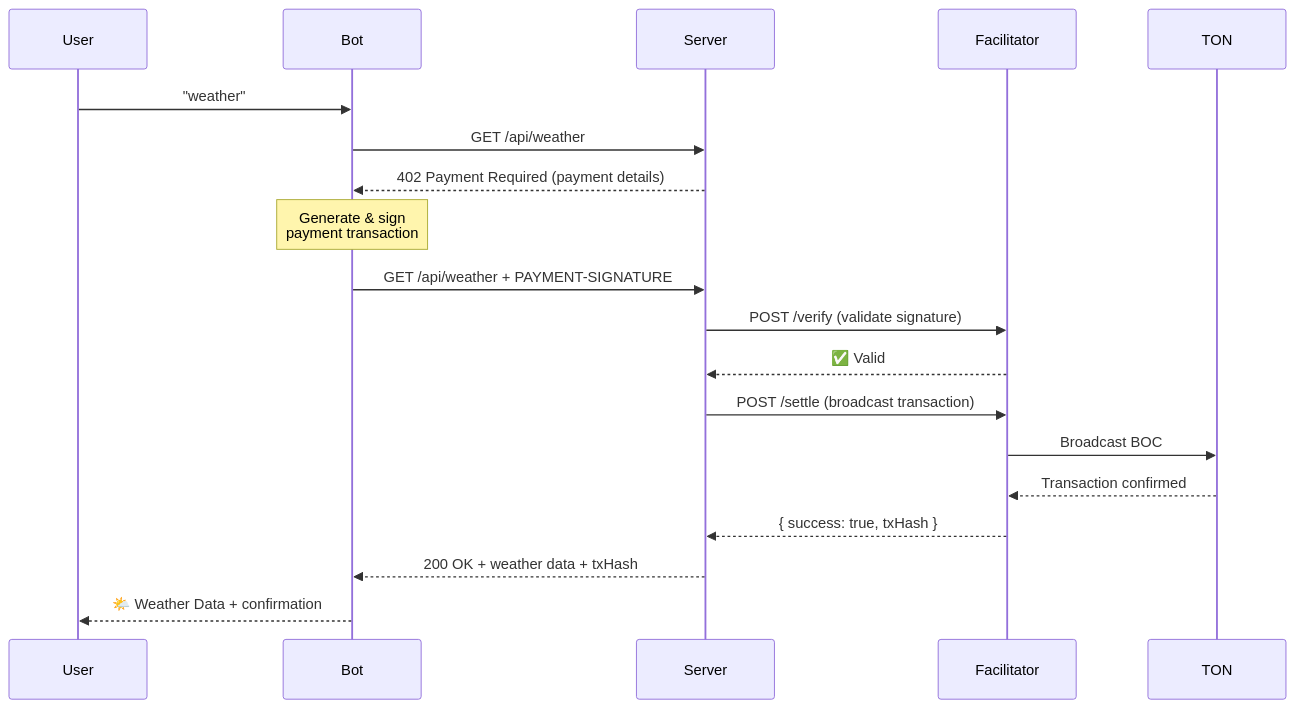
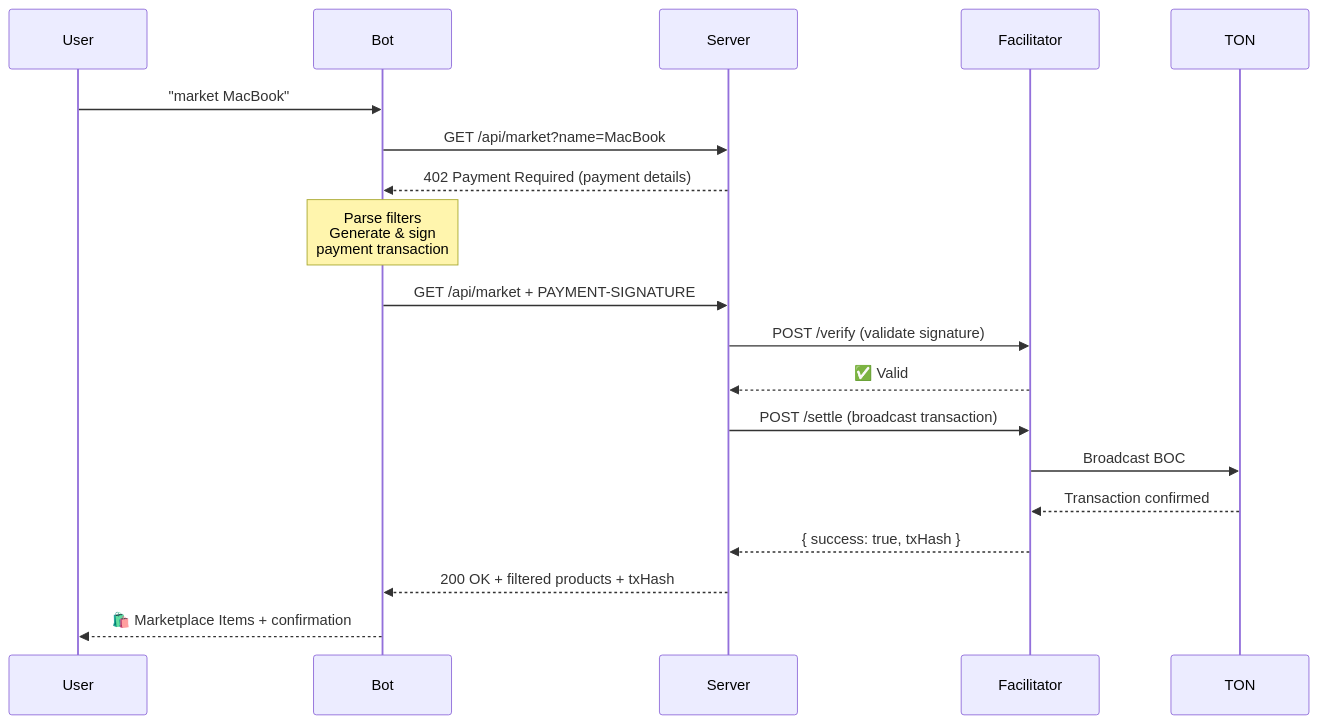
One commit to DAVIDshenghuei/BSA---EPFL-Stablecoins-Payments-Hackathon changed the diagram in README.md. Above: the diagram before and after it, drawn with Mermaid. The commit also changed other lines of this file, not shown here.

````diff
--- a/README.md
+++ b/README.md
@@ -259,26 +379,26 @@
 ```mermaid
 sequenceDiagram
     participant User
     participant Bot
     participant Server
     participant Facilitator
     participant TON
 
-    User->>Bot: "weather"
-    Bot->>Server: GET /api/weather
+    User->>Bot: "market MacBook"
+    Bot->>Server: GET /api/market?name=MacBook
     Server-->>Bot: 402 Payment Required (payment details)
     
-    Note over Bot: Generate & sign<br/>payment transaction
+    Note over Bot: Parse filters<br/>Generate & sign<br/>payment transaction
     
-    Bot->>Server: GET /api/weather + PAYMENT-SIGNATURE
+    Bot->>Server: GET /api/market + PAYMENT-SIGNATURE
     Server->>Facilitator: POST /verify (validate signature)
     Facilitator-->>Server: ✅ Valid
     
     Server->>Facilitator: POST /settle (broadcast transaction)
     Facilitator->>TON: Broadcast BOC
     TON-->>Facilitator: Transaction confirmed
     Facilitator-->>Server: { success: true, txHash }
     
-    Server-->>Bot: 200 OK + weather data + txHash
-    Bot-->>User: 🌤️ Weather Data + confirmation
+    Server-->>Bot: 200 OK + filtered products + txHash
+    Bot-->>User: 🛍️ Marketplace Items + confirmation
 ```
````
